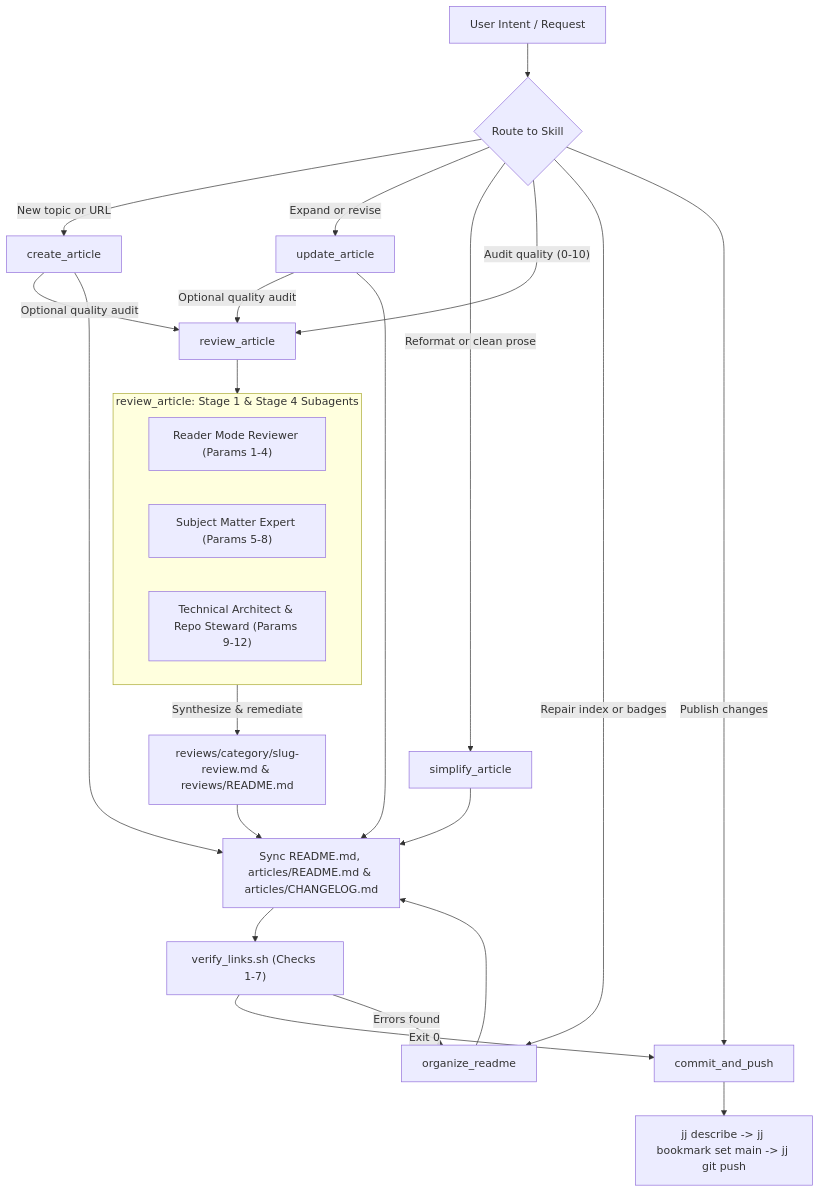
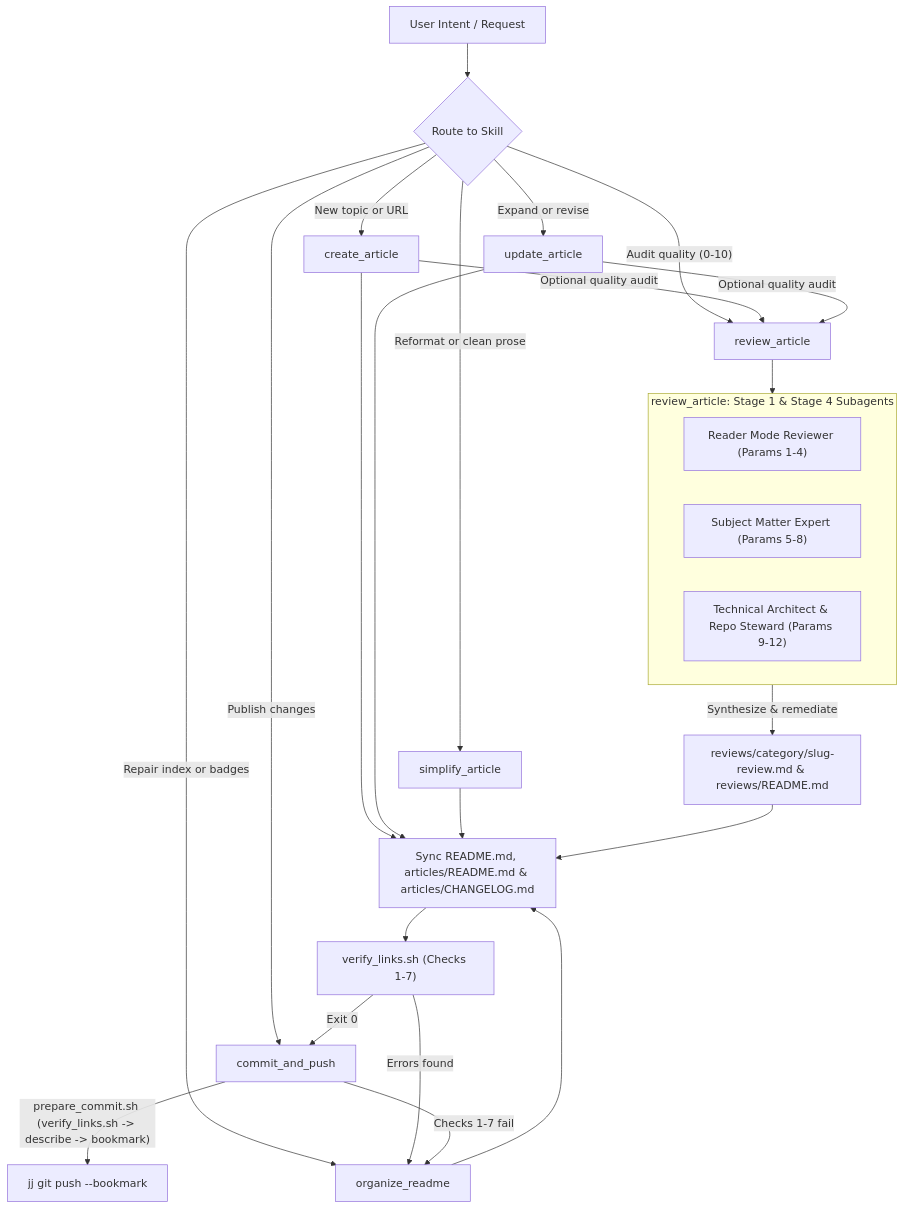
Before and after one commit to rohithtp/ThoughtsInWords: the diagram in .agent/skills/README.md, drawn with Mermaid. The commit also changed other lines of this file and 6 other files, not shown here.

Commit message:
feat(agent): add pre-push verification gate to commit_and_push skill

````diff
--- a/.agent/skills/README.md
+++ b/.agent/skills/README.md
@@ -47,34 +47,35 @@
 ```mermaid
 flowchart TD
     User["User Intent / Request"] --> Route{"Route to Skill"}
 
     Route -->|"New topic or URL"| Create["create_article"]
     Route -->|"Expand or revise"| Update["update_article"]
     Route -->|"Reformat or clean prose"| Simplify["simplify_article"]
     Route -->|"Audit quality (0-10)"| Review["review_article"]
     Route -->|"Repair index or badges"| Organize["organize_readme"]
     Route -->|"Publish changes"| Push["commit_and_push"]
 
     Create -->|"Optional quality audit"| Review
     Update -->|"Optional quality audit"| Review
 
     subgraph FanOut["review_article: Stage 1 & Stage 4 Subagents"]
         Reader["Reader Mode Reviewer (Params 1-4)"]
         SME["Subject Matter Expert (Params 5-8)"]
         Architect["Technical Architect & Repo Steward (Params 9-12)"]
     end
 
     Review --> FanOut
     FanOut -->|"Synthesize & remediate"| Report["reviews/category/slug-review.md & reviews/README.md"]
 
     Create --> Sync["Sync README.md, articles/README.md & articles/CHANGELOG.md"]
     Update --> Sync
     Simplify --> Sync
     Report --> Sync
     Organize --> Sync
 
     Sync --> Gate["verify_links.sh (Checks 1-7)"]
     Gate -->|"Exit 0"| Push
     Gate -->|"Errors found"| Organize
-    Push --> Remote["jj describe -> jj bookmark set main -> jj git push"]
+    Push -->|"prepare_commit.sh (verify_links.sh -> describe -> bookmark)"| Remote["jj git push --bookmark"]
+    Push -->|"Checks 1-7 fail"| Organize
 ```
````
